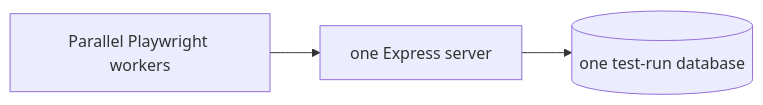
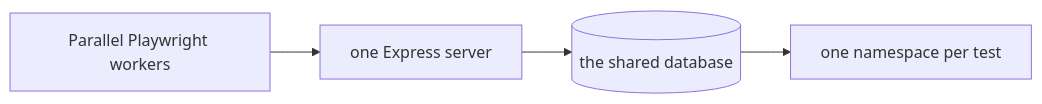
The diagram in docs/TESTING.md (craigloewen-msft/AutoTaskCalendar), drawn with Mermaid before and after one commit. The commit also changed other lines of this file and 19 other files, not shown here.

````diff
--- a/docs/TESTING.md
+++ b/docs/TESTING.md
@@ -79,5 +81,6 @@
 ```mermaid
 flowchart LR
   A["Parallel Playwright workers"] --> E["one Express server"]
-  E --> F[("one test-run database")]
+  E --> F[("the shared database")]
+  F --> G["one namespace per test"]
 ```
````
